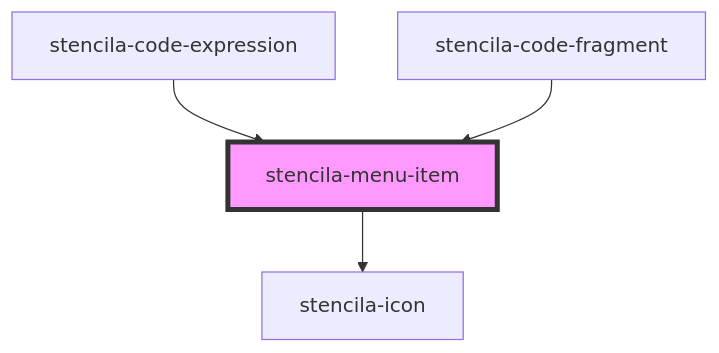
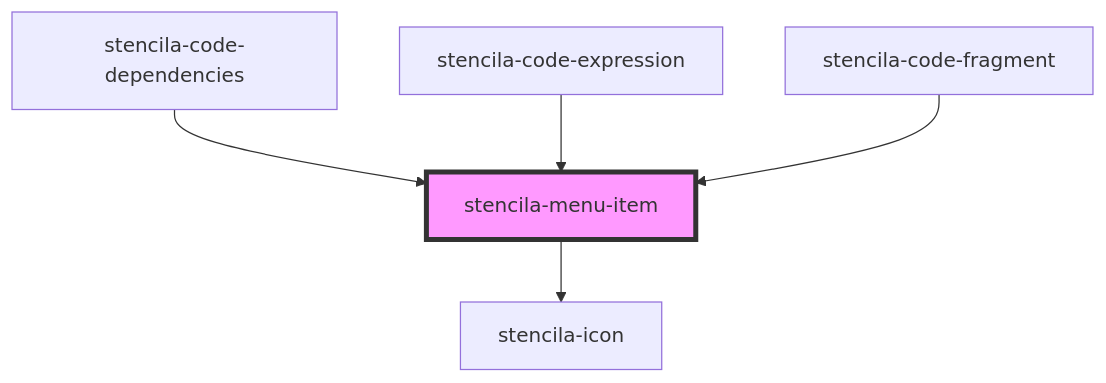
Before and after one commit to stencila/designa: the diagram in packages/components/src/components/menuItem/readme.md, drawn with Mermaid. The commit also changed other lines of this file and 19 other files, not shown here.

````diff
--- a/packages/components/src/components/menuItem/readme.md
+++ b/packages/components/src/components/menuItem/readme.md
@@ -29,7 +30,8 @@
 ```mermaid
 graph TD;
   stencila-menu-item --> stencila-icon
+  stencila-code-dependencies --> stencila-menu-item
   stencila-code-expression --> stencila-menu-item
   stencila-code-fragment --> stencila-menu-item
   style stencila-menu-item fill:#f9f,stroke:#333,stroke-width:4px
 ```
````
